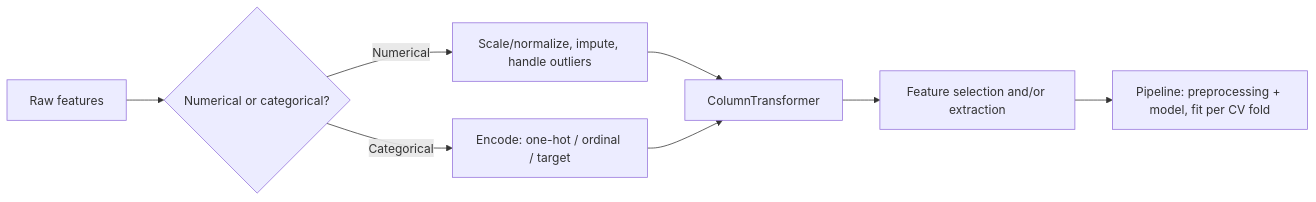
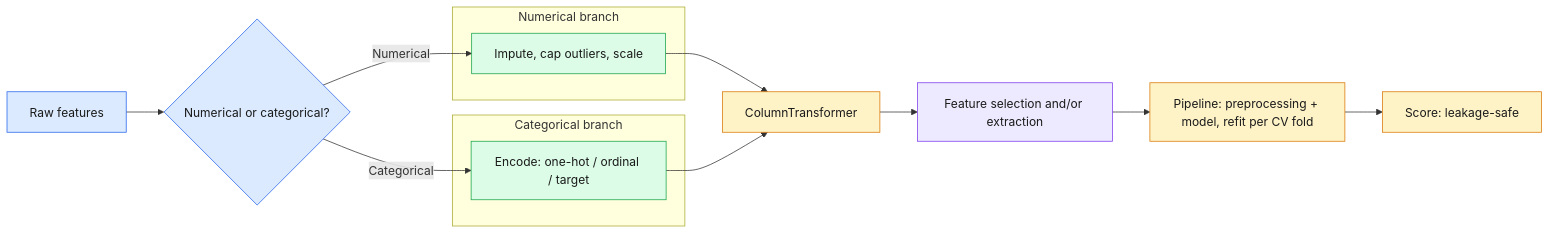
The first of 2 diagrams in day02_machine_learning/13_feature_engineering/README.md (bhanu-prakash12/ai-ml-engineer-fundamentals), drawn with Mermaid before and after one commit. The commit also changed other lines of this file and 68 other files, not shown here.

````diff
--- a/day02_machine_learning/13_feature_engineering/README.md
+++ b/day02_machine_learning/13_feature_engineering/README.md
@@ -34,10 +70,25 @@
 ```mermaid
 flowchart LR
-  A[Raw features] --> B{Numerical or categorical?}
-  B -->|Numerical| C[Scale/normalize, impute, handle outliers]
-  B -->|Categorical| D[Encode: one-hot / ordinal / target]
-  C --> E[ColumnTransformer]
+  A["Raw features"] --> B{"Numerical or categorical?"}
+  subgraph NUM["Numerical branch"]
+    C["Impute, cap outliers, scale"]
+  end
+  subgraph CAT["Categorical branch"]
+    D["Encode: one-hot / ordinal / target"]
+  end
+  B -->|"Numerical"| C
+  B -->|"Categorical"| D
+  C --> E["ColumnTransformer"]
   D --> E
-  E --> F[Feature selection and/or extraction]
-  F --> G[Pipeline: preprocessing + model, fit per CV fold]
+  E --> F["Feature selection and/or extraction"]
+  F --> G["Pipeline: preprocessing + model, refit per CV fold"]
+  G --> H["Score: leakage-safe"]
+  classDef raw fill:#DBEAFE,stroke:#2563EB,color:#1a1a1a;
+  classDef clean fill:#DCFCE7,stroke:#16A34A,color:#1a1a1a;
+  classDef reduce fill:#EDE9FE,stroke:#7C3AED,color:#1a1a1a;
+  classDef pipe fill:#FEF3C7,stroke:#D97706,color:#1a1a1a;
+  class A,B raw;
+  class C,D clean;
+  class F reduce;
+  class E,G,H pipe;
 ```
````
